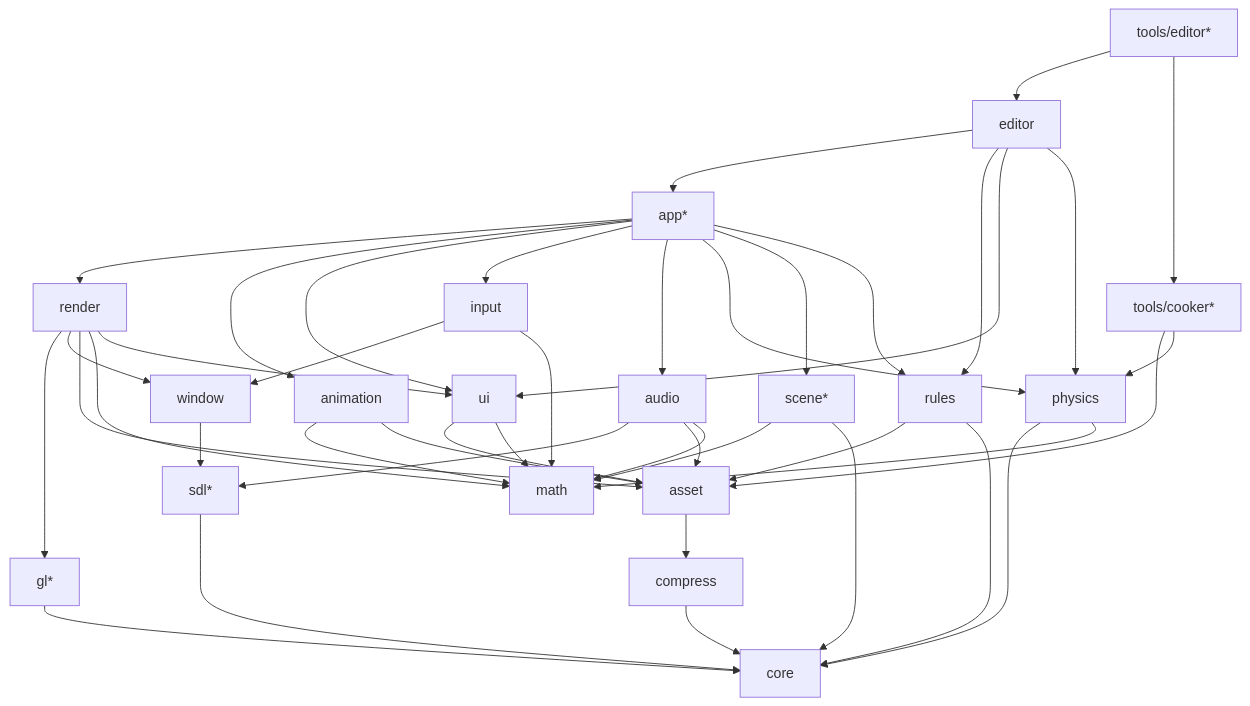
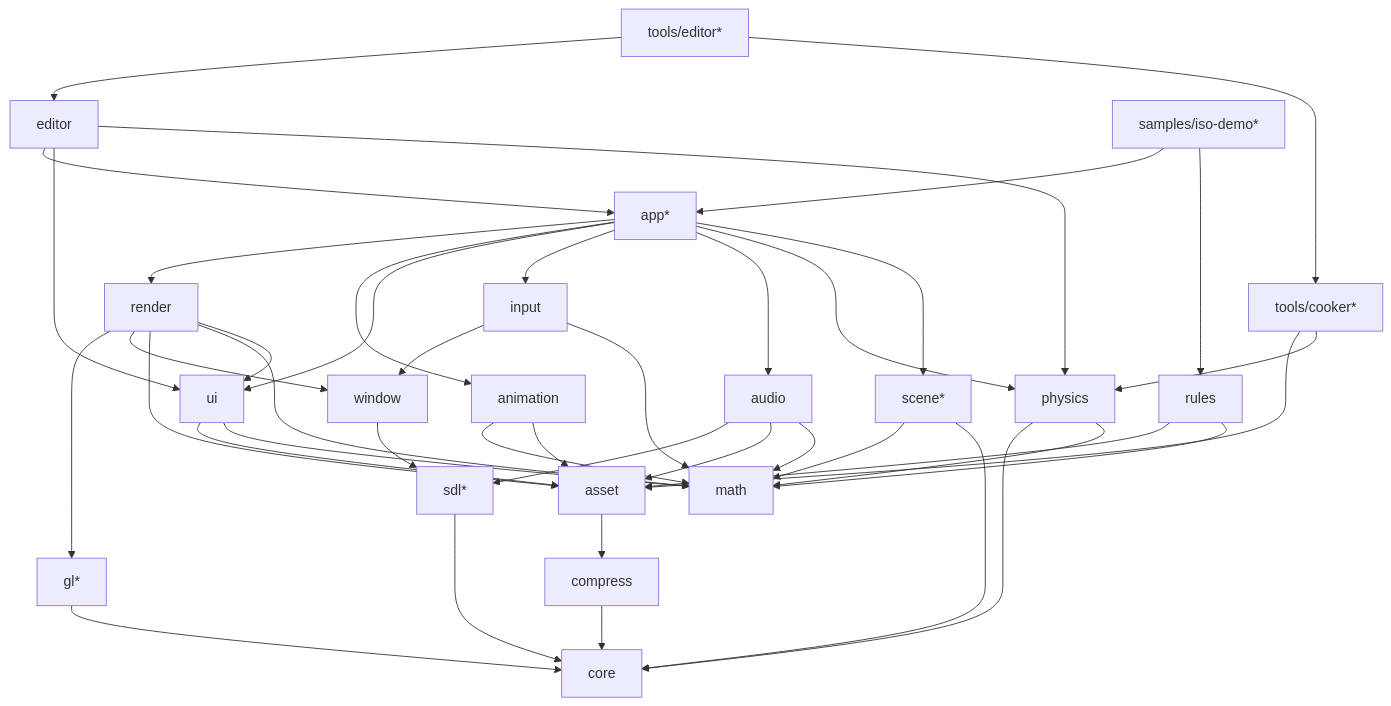
The diagram in docs/DESIGN.md (ilumar589/JEddyFramework), drawn with Mermaid before and after one commit. The commit also changed other lines of this file and 18 other files, not shown here.

````diff
--- a/docs/DESIGN.md
+++ b/docs/DESIGN.md
@@ -90,46 +90,46 @@
 ```mermaid
 graph TD
   core[core]
   math[math]
   compress[compress] --> core
   sdl[sdl*] --> core
   gl[gl*] --> core
   window[window] --> sdl
   input[input] --> window
   input --> math
   asset[asset] --> compress
   render[render] --> gl
   render --> window
   render --> asset
   render --> math
   render --> ui
   ui[ui] --> asset
   ui --> math
   audio[audio] --> sdl
   audio --> asset
   audio --> math
   physics[physics] --> core
   physics --> math
   scene[scene*] --> math
   scene --> core
   animation[animation] --> math
   animation --> asset
   rules[rules] --> asset
-  rules --> core
+  rules --> math
   editor[editor] --> app
-  editor --> rules
   editor --> ui
   editor --> physics
   editortool[tools/editor*] --> editor
   editortool --> cooker
   app[app*] --> render
   app --> animation
   app --> ui
   app --> input
   app --> audio
   app --> physics
   app --> scene
-  app --> rules
+  isodemo[samples/iso-demo*] --> app
+  isodemo --> rules
   cooker[tools/cooker*] --> asset
   cooker --> physics
 ```
````
